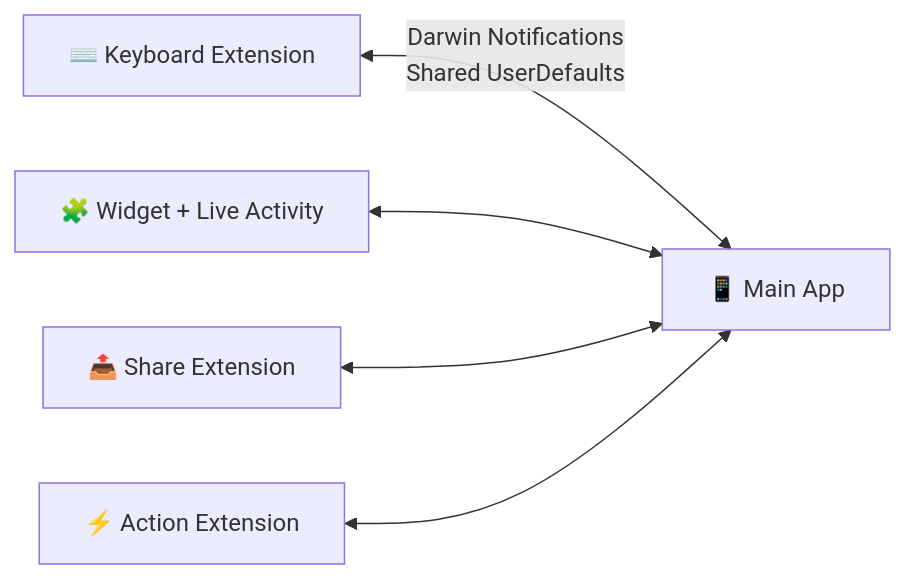
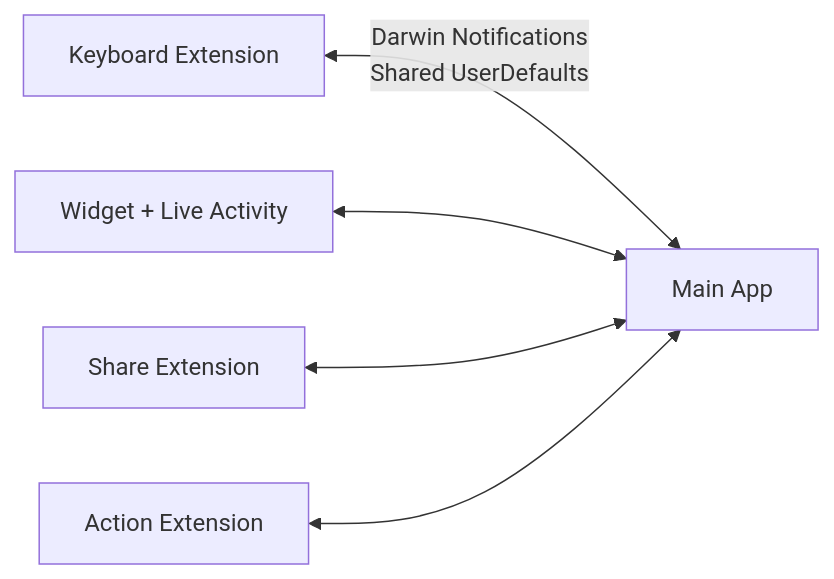
Before and after one commit to n0an/VivaDicta: the second of 2 diagrams in README.md, drawn with Mermaid. The commit also changed other lines of this file and 3 other files, not shown here.

````diff
--- a/README.md
+++ b/README.md
@@ -119,7 +119,7 @@
 ```mermaid
 graph LR
-    K[⌨️ Keyboard Extension] <-->|Darwin Notifications<br/>Shared UserDefaults| M[📱 Main App]
-    W[🧩 Widget + Live Activity] <--> M
-    SE[📤 Share Extension] <--> M
-    AE[⚡ Action Extension] <--> M
+    K[Keyboard Extension] <-->|Darwin Notifications<br/>Shared UserDefaults| M[Main App]
+    W[Widget + Live Activity] <--> M
+    SE[Share Extension] <--> M
+    AE[Action Extension] <--> M
 ```
````
